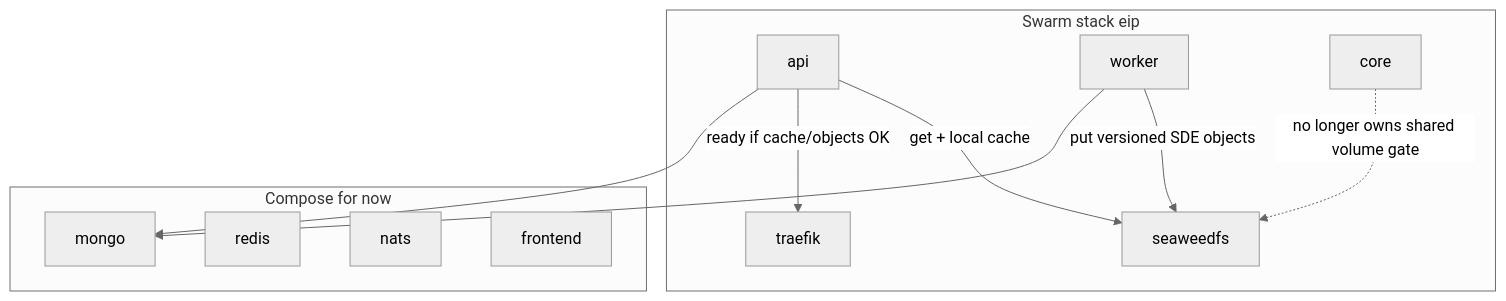
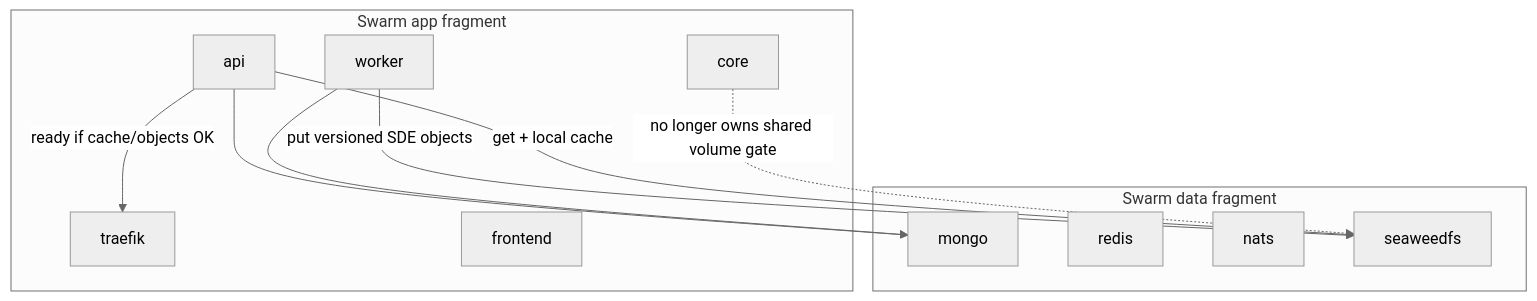
The second of 2 diagrams in docs/swarm/CORE_REBUILD.md (darcy561/eve-industry-planner), drawn with Mermaid (neutral theme) before and after one commit. The commit also changed other lines of this file and 28 other files, not shown here.

````diff
--- a/docs/swarm/CORE_REBUILD.md
+++ b/docs/swarm/CORE_REBUILD.md
@@ -143,22 +143,22 @@
 ```mermaid
 flowchart TB
-  subgraph swarm [Swarm stack eip]
+  subgraph data [Swarm data fragment]
+    mongo[mongo]
+    redis[redis]
+    nats[nats]
+    seaweed[seaweedfs]
+  end
+  subgraph app [Swarm app fragment]
     traefik[traefik]
     api[api]
     worker[worker]
     core[core]
-    seaweed[seaweedfs]
-  end
-  subgraph compose [Compose for now]
-    mongo[mongo]
-    redis[redis]
-    nats[nats]
     frontend[frontend]
   end
   worker -->|"put versioned SDE objects"| seaweed
   api -->|"get + local cache"| seaweed
   api -->|"ready if cache/objects OK"| traefik
   core -.->|"no longer owns shared volume gate"| seaweed
   api --> mongo
   worker --> mongo
 ```
````
